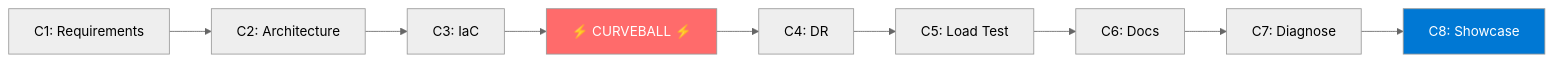
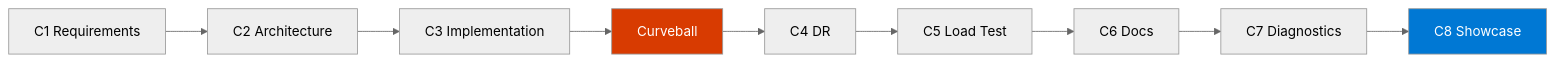
One commit to aivandelindt/microhack-agentic-infraops changed the diagram in site/src/content/docs/challenges/index.md. Above: the diagram before and after it, drawn with Mermaid. The commit also changed other lines of this file and 10 other files, not shown here.

````diff
--- a/site/src/content/docs/challenges/index.md
+++ b/site/src/content/docs/challenges/index.md
@@ -33,15 +33,15 @@
 ```mermaid
 %%{init: {'theme':'neutral'}}%%
 graph LR
-    C1[C1: Requirements] --> C2[C2: Architecture]
-    C2 --> C3[C3: IaC]
-    C3 --> CB[⚡ CURVEBALL ⚡]
-    CB --> C4[C4: DR]
-    C4 --> C5[C5: Load Test]
-    C5 --> C6[C6: Docs]
-    C6 --> C7[C7: Diagnose]
-    C7 --> C8[C8: Showcase]
+    C1[C1 Requirements] --> C2[C2 Architecture]
+    C2 --> C3[C3 Implementation]
+    C3 --> CB[Curveball]
+    CB --> C4[C4 DR]
+    C4 --> C5[C5 Load Test]
+    C5 --> C6[C6 Docs]
+    C6 --> C7[C7 Diagnostics]
+    C7 --> C8[C8 Showcase]
 
-    style CB fill:#ff6b6b,color:#fff
+    style CB fill:#d83b01,color:#fff
     style C8 fill:#0078d4,color:#fff
 ```
````
